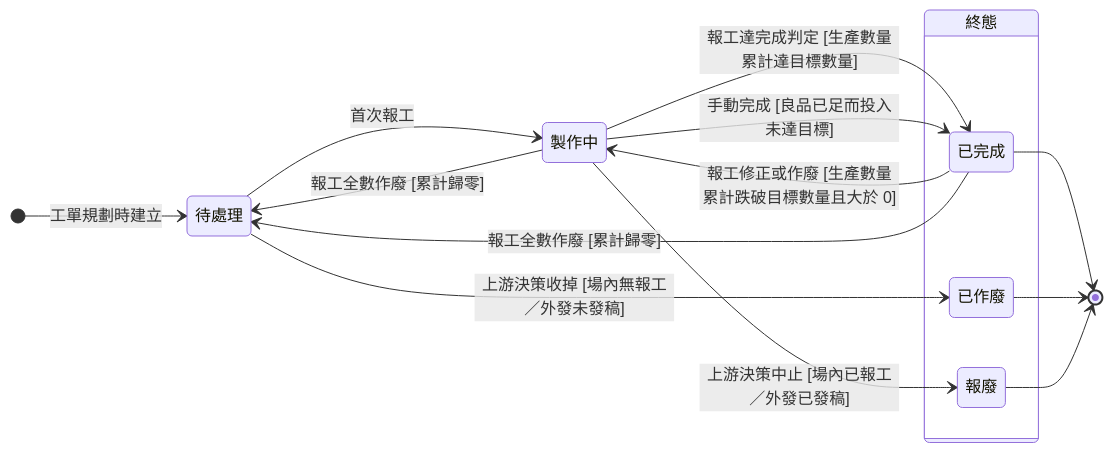
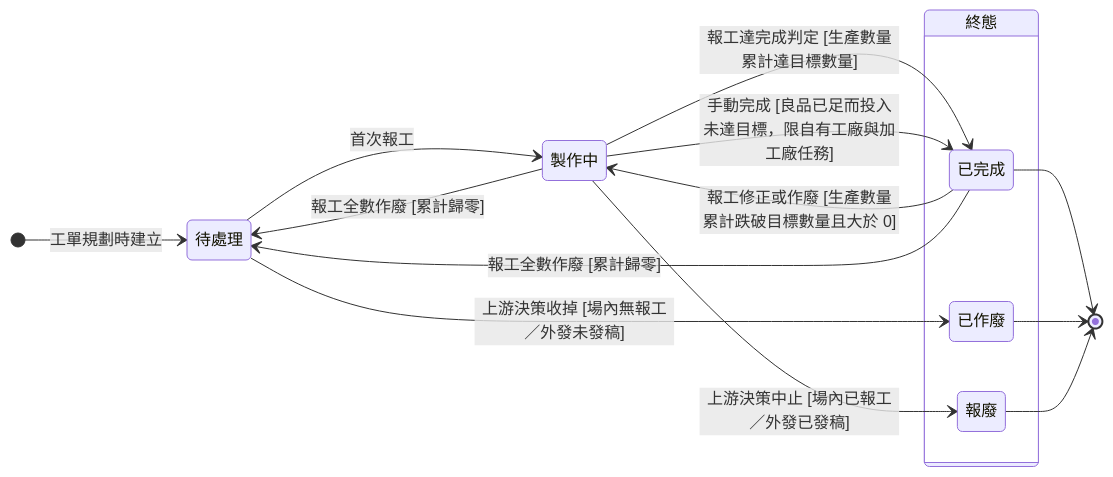
The diagram in memory/Sens_wiki/wiki/erp/06-state-machines/生產任務狀態.md (Kawato-Miles/erp-spec), drawn with Mermaid before and after one commit. The commit also changed other lines of this file and 40 other files, not shown here.

````diff
--- a/memory/Sens_wiki/wiki/erp/06-state-machines/生產任務狀態.md
+++ b/memory/Sens_wiki/wiki/erp/06-state-machines/生產任務狀態.md
@@ -47,30 +48,30 @@
 ```mermaid
 stateDiagram-v2
     direction LR
 
     [*] --> s_pending : 工單規劃時建立
 
     state "待處理" as s_pending
     state "製作中" as s_making
 
     state "終態" as Final {
         state "已完成" as s_done
         state "已作廢" as s_void
         state "報廢" as s_scrap
     }
 
     s_pending --> s_making : 首次報工
     s_making --> s_done : 報工達完成判定 [生產數量累計達目標數量]
-    s_making --> s_done : 手動完成 [良品已足而投入未達目標]
+    s_making --> s_done : 手動完成 [良品已足而投入未達目標，限自有工廠與加工廠任務]
 
     s_making --> s_pending : 報工全數作廢 [累計歸零]
     s_done --> s_making : 報工修正或作廢 [生產數量累計跌破目標數量且大於 0]
     s_done --> s_pending : 報工全數作廢 [累計歸零]
 
     s_pending --> s_void : 上游決策收掉 [場內無報工／外發未發稿]
     s_making --> s_scrap : 上游決策中止 [場內已報工／外發已發稿]
 
     s_done --> [*]
     s_void --> [*]
     s_scrap --> [*]
 ```
````
